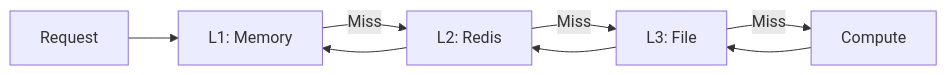
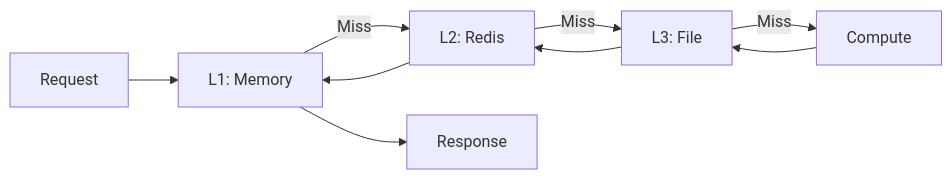
Before and after one commit to ucid-foundation/ucid: the second of 2 diagrams in PERFORMANCE.md, drawn with Mermaid. The commit also changed other lines of this file and 174 other files, not shown here.

````diff
--- a/PERFORMANCE.md
+++ b/PERFORMANCE.md
@@ -340,10 +250,11 @@
 ```mermaid
-graph LR
+flowchart LR
     Request --> L1[L1: Memory]
     L1 -->|Miss| L2[L2: Redis]
     L2 -->|Miss| L3[L3: File]
-    L3 -->|Miss| Compute[Compute]
+    L3 -->|Miss| Compute
     Compute --> L3
     L3 --> L2
     L2 --> L1
+    L1 --> Response
 ```
````
